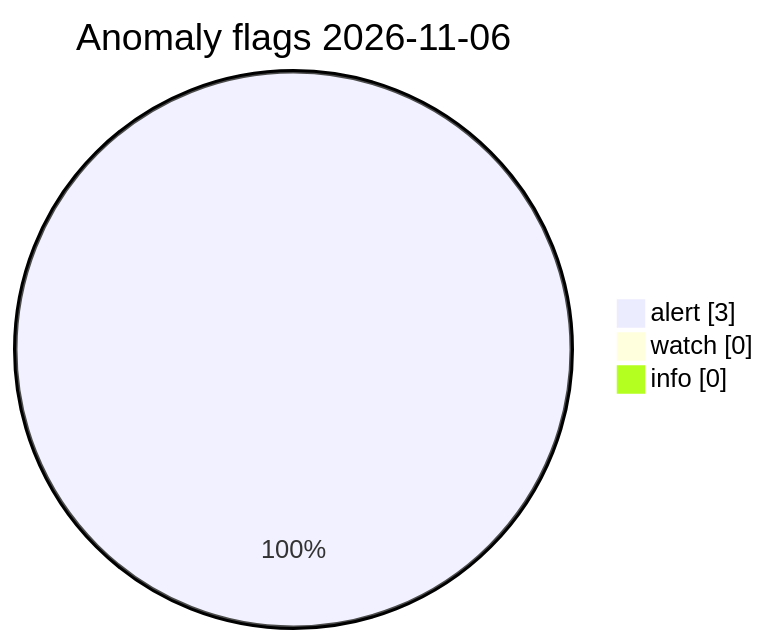
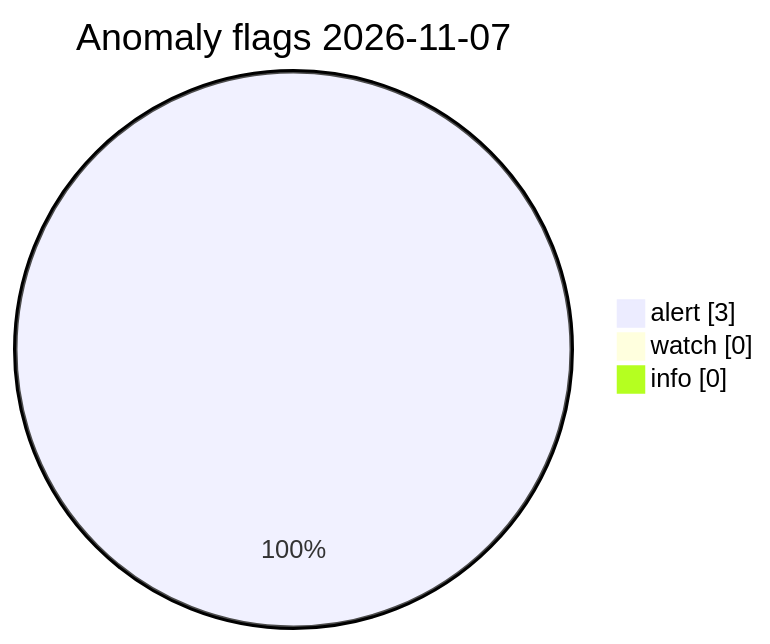
The diagram in visuals/latest/CHARTS.md (Midwest-Stratospheric/Unified-Open-Global-Weather), drawn with Mermaid before and after one commit. The commit also changed other lines of this file and 23 other files, not shown here.

Commit message:
data(visuals): automated charts 2026-11-07T11:26Z

````diff
--- a/visuals/latest/CHARTS.md
+++ b/visuals/latest/CHARTS.md
@@ -73,7 +73,7 @@
 ```mermaid
 pie showData
-  title Anomaly flags 2026-11-06
+  title Anomaly flags 2026-11-07
   "alert" : 3
   "watch" : 0
   "info" : 0
 ```
````
